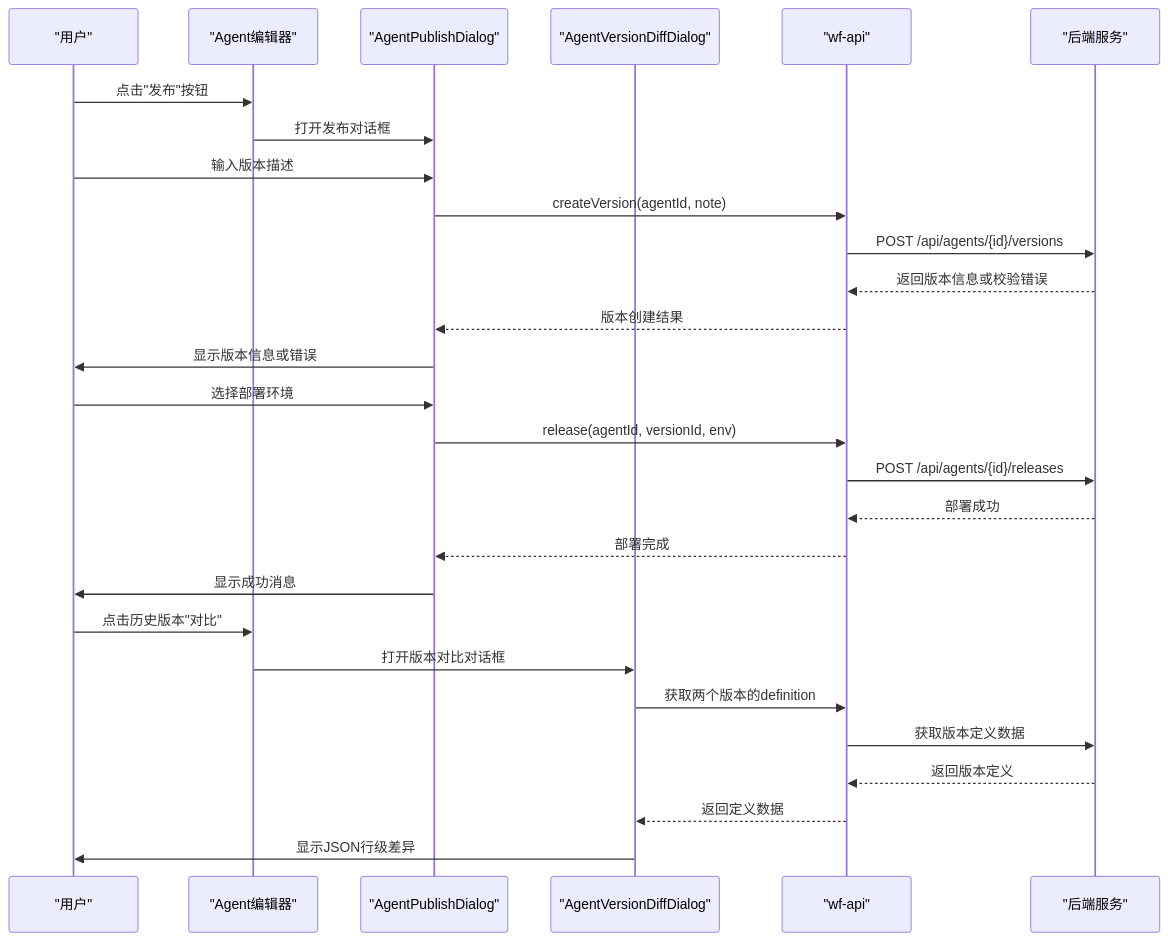
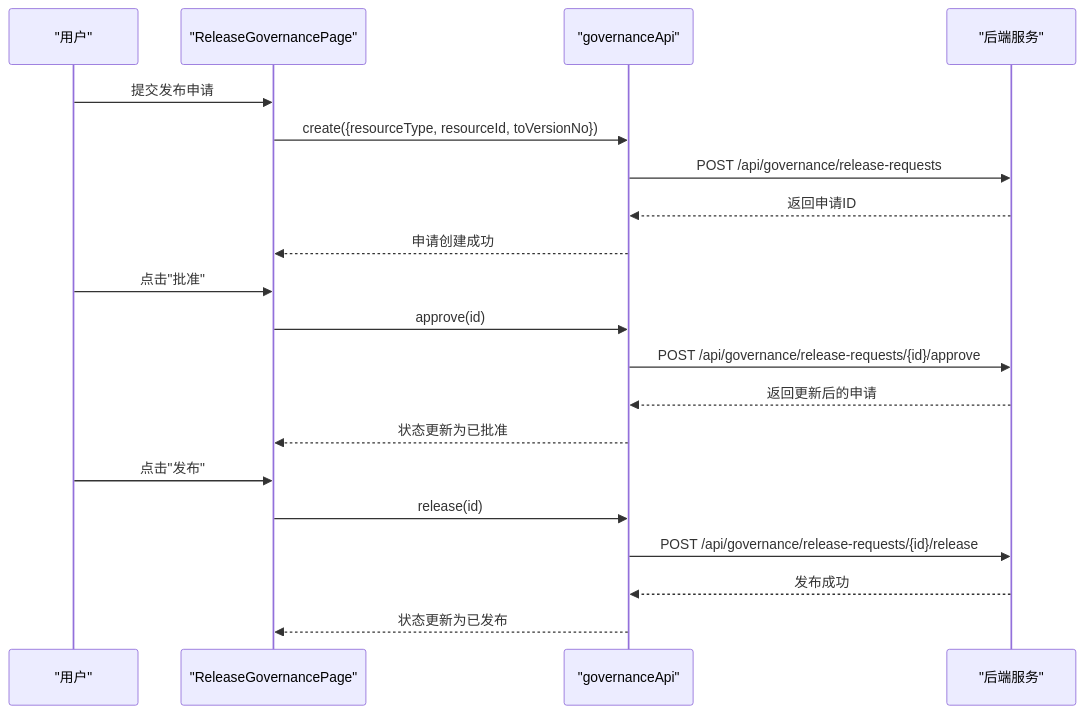
Before and after one commit to huiliuxu780/MoreThanCorn: the fourth of 11 diagrams in .qoder/repowiki/zh/content/前端架构与页面清单.md, drawn with Mermaid. The commit also changed other lines of this file and 154 other files, not shown here.

````diff
--- a/.qoder/repowiki/zh/content/前端架构与页面清单.md
+++ b/.qoder/repowiki/zh/content/前端架构与页面清单.md
@@ -338,30 +372,22 @@
 ```mermaid
 sequenceDiagram
 participant U as "用户"
-participant AD as "Agent编辑器"
-participant APD as "AgentPublishDialog"
-participant AVDD as "AgentVersionDiffDialog"
-participant API as "wf-api"
+participant RG as "ReleaseGovernancePage"
+participant GA as "governanceApi"
 participant S as "后端服务"
-U->>AD : 点击"发布"按钮
-AD->>APD : 打开发布对话框
-U->>APD : 输入版本描述
-APD->>API : createVersion(agentId, note)
-API->>S : POST /api/agents/{id}/versions
-S-->>API : 返回版本信息或校验错误
-API-->>APD : 版本创建结果
-APD->>U : 显示版本信息或错误
-U->>APD : 选择部署环境
-APD->>API : release(agentId, versionId, env)
-API->>S : POST /api/agents/{id}/releases
-S-->>API : 部署成功
-API-->>APD : 部署完成
-APD->>U : 显示成功消息
-U->>AD : 点击历史版本"对比"
-AD->>AVDD : 打开版本对比对话框
-AVDD->>API : 获取两个版本的definition
-API->>S : 获取版本定义数据
-S-->>API : 返回版本定义
-API-->>AVDD : 返回定义数据
-AVDD->>U : 显示JSON行级差异
+U->>RG : 提交发布申请
+RG->>GA : create({resourceType, resourceId, toVersionNo})
+GA->>S : POST /api/governance/release-requests
+S-->>GA : 返回申请ID
+GA-->>RG : 申请创建成功
+U->>RG : 点击"批准"
+RG->>GA : approve(id)
+GA->>S : POST /api/governance/release-requests/{id}/approve
+S-->>GA : 返回更新后的申请
+GA-->>RG : 状态更新为已批准
+U->>RG : 点击"发布"
+RG->>GA : release(id)
+GA->>S : POST /api/governance/release-requests/{id}/release
+S-->>GA : 发布成功
+GA-->>RG : 状态更新为已发布
 ```
````
